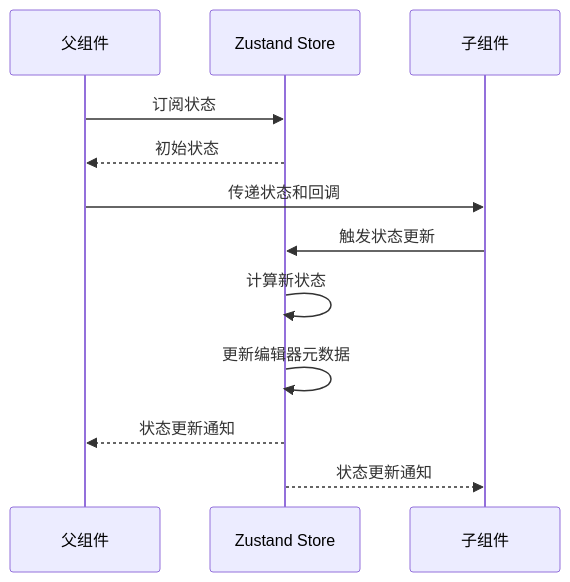
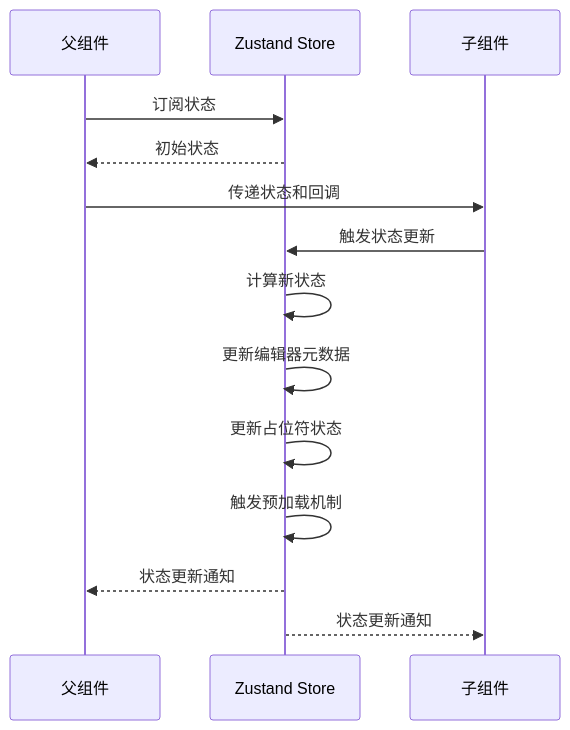
One commit to billye220670/BananaFlow2 changed diagram 18 of 18 in .qoder/repowiki/zh/content/状态管理系统.md. Above: the diagram before and after it, drawn with Mermaid. The commit also changed other lines of this file and 6 other files, not shown here.

````diff
--- a/.qoder/repowiki/zh/content/状态管理系统.md
+++ b/.qoder/repowiki/zh/content/状态管理系统.md
@@ -1293,14 +1072,16 @@
 ```mermaid
 sequenceDiagram
 participant Parent as 父组件
 participant Store as Zustand Store
 participant Child as 子组件
 Parent->>Store : 订阅状态
 Store-->>Parent : 初始状态
 Parent->>Child : 传递状态和回调
 Child->>Store : 触发状态更新
 Store->>Store : 计算新状态
 Store->>Store : 更新编辑器元数据
+Store->>Store : 更新占位符状态
+Store->>Store : 触发预加载机制
 Store-->>Parent : 状态更新通知
 Store-->>Child : 状态更新通知
 ```
````
